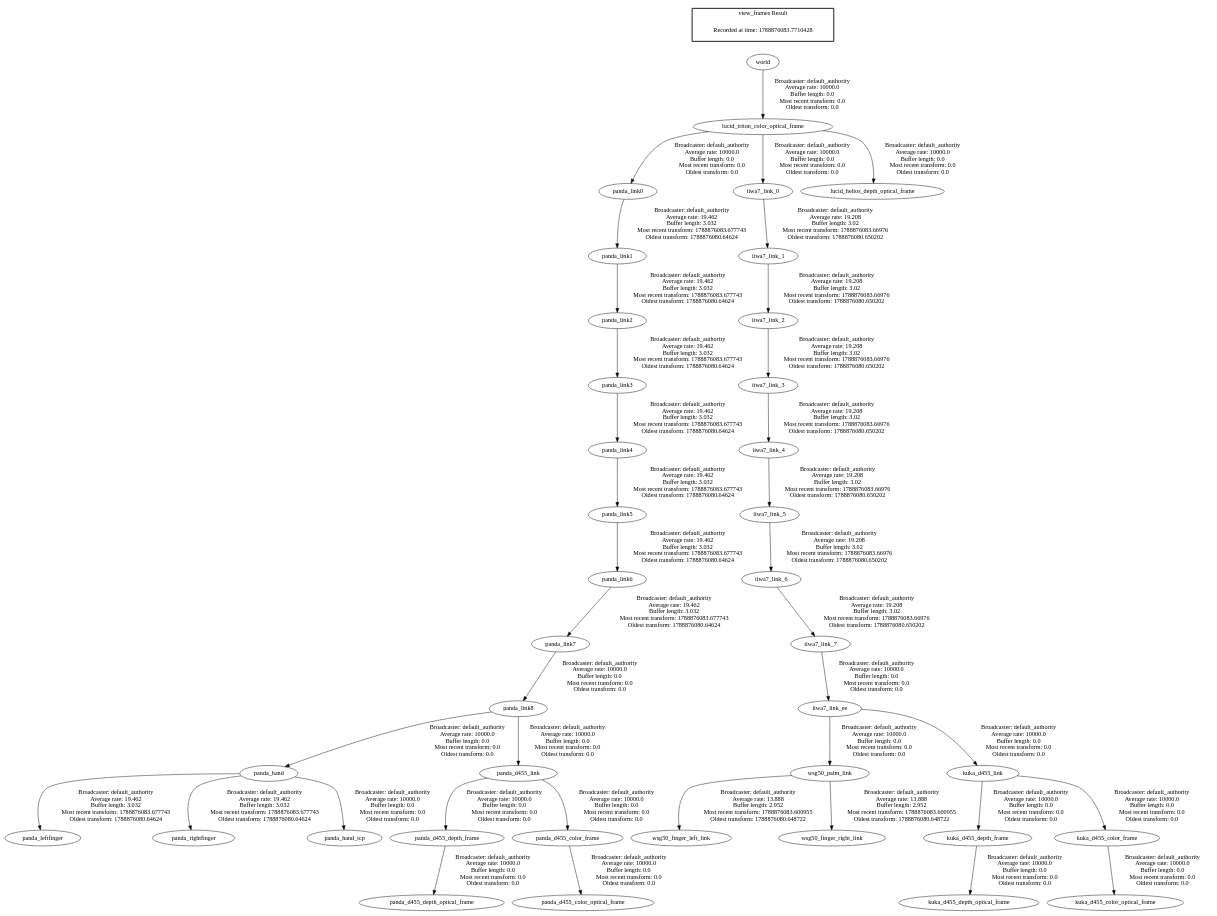
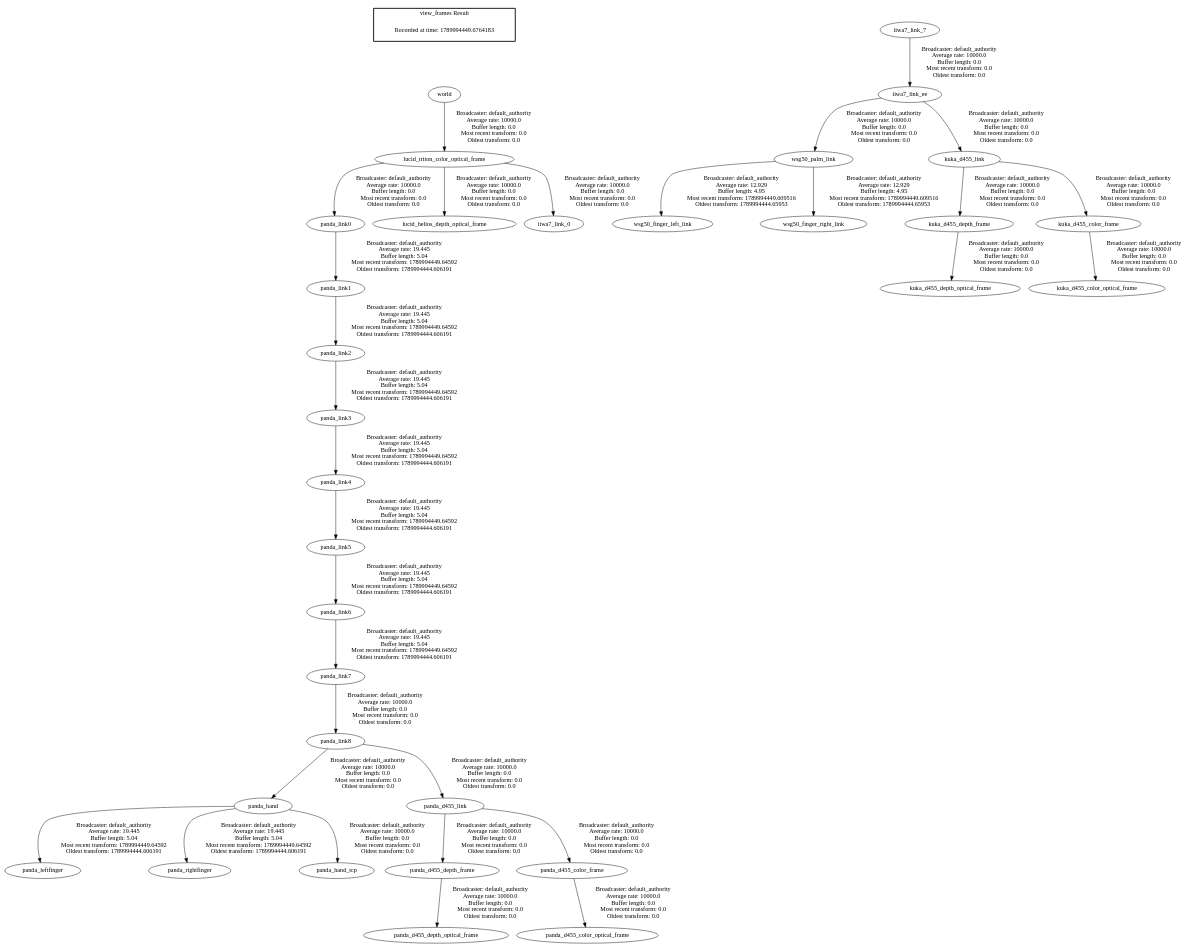
The diagram in calibration_export/tf_tree.pdf.gv (ArIwt2026/ar-cloth-folding-real-hardware), drawn with Graphviz before and after one commit. The commit also changed 3 other files, not shown here.

```diff
--- a/calibration_export/tf_tree.pdf.gv
+++ b/calibration_export/tf_tree.pdf.gv
@@ -1,43 +1,36 @@
 digraph G {
-"panda_hand" -> "panda_leftfinger"[label=" Broadcaster: default_authority\nAverage rate: 19.462\nBuffer length: 3.032\nMost recent transform: 1788876083.677743\nOldest transform: 1788876080.64624\n"];
+"panda_hand" -> "panda_leftfinger"[label=" Broadcaster: default_authority\nAverage rate: 19.445\nBuffer length: 5.04\nMost recent transform: 1789994449.64592\nOldest transform: 1789994444.606191\n"];
 "panda_link8" -> "panda_hand"[label=" Broadcaster: default_authority\nAverage rate: 10000.0\nBuffer length: 0.0\nMost recent transform: 0.0\nOldest transform: 0.0\n"];
-"panda_hand" -> "panda_rightfinger"[label=" Broadcaster: default_authority\nAverage rate: 19.462\nBuffer length: 3.032\nMost recent transform: 1788876083.677743\nOldest transform: 1788876080.64624\n"];
-"panda_link0" -> "panda_link1"[label=" Broadcaster: default_authority\nAverage rate: 19.462\nBuffer length: 3.032\nMost recent transform: 1788876083.677743\nOldest transform: 1788876080.64624\n"];
+"panda_hand" -> "panda_rightfinger"[label=" Broadcaster: default_authority\nAverage rate: 19.445\nBuffer length: 5.04\nMost recent transform: 1789994449.64592\nOldest transform: 1789994444.606191\n"];
+"panda_link0" -> "panda_link1"[label=" Broadcaster: default_authority\nAverage rate: 19.445\nBuffer length: 5.04\nMost recent transform: 1789994449.64592\nOldest transform: 1789994444.606191\n"];
 "lucid_triton_color_optical_frame" -> "panda_link0"[label=" Broadcaster: default_authority\nAverage rate: 10000.0\nBuffer length: 0.0\nMost recent transform: 0.0\nOldest transform: 0.0\n"];
-"panda_link1" -> "panda_link2"[label=" Broadcaster: default_authority\nAverage rate: 19.462\nBuffer length: 3.032\nMost recent transform: 1788876083.677743\nOldest transform: 1788876080.64624\n"];
-"panda_link2" -> "panda_link3"[label=" Broadcaster: default_authority\nAverage rate: 19.462\nBuffer length: 3.032\nMost recent transform: 1788876083.677743\nOldest transform: 1788876080.64624\n"];
-"panda_link3" -> "panda_link4"[label=" Broadcaster: default_authority\nAverage rate: 19.462\nBuffer length: 3.032\nMost recent transform: 1788876083.677743\nOldest transform: 1788876080.64624\n"];
-"panda_link4" -> "panda_link5"[label=" Broadcaster: default_authority\nAverage rate: 19.462\nBuffer length: 3.032\nMost recent transform: 1788876083.677743\nOldest transform: 1788876080.64624\n"];
-"panda_link5" -> "panda_link6"[label=" Broadcaster: default_authority\nAverage rate: 19.462\nBuffer length: 3.032\nMost recent transform: 1788876083.677743\nOldest transform: 1788876080.64624\n"];
-"panda_link6" -> "panda_link7"[label=" Broadcaster: default_authority\nAverage rate: 19.462\nBuffer length: 3.032\nMost recent transform: 1788876083.677743\nOldest transform: 1788876080.64624\n"];
-"panda_link7" -> "panda_link8"[label=" Broadcaster: default_authority\nAverage rate: 10000.0\nBuffer length: 0.0\nMost recent transform: 0.0\nOldest transform: 0.0\n"];
-"panda_hand" -> "panda_hand_tcp"[label=" Broadcaster: default_authority\nAverage rate: 10000.0\nBuffer length: 0.0\nMost recent transform: 0.0\nOldest transform: 0.0\n"];
-"wsg50_palm_link" -> "wsg50_finger_left_link"[label=" Broadcaster: default_authority\nAverage rate: 13.888\nBuffer length: 2.952\nMost recent transform: 1788876083.600955\nOldest transform: 1788876080.648722\n"];
+"panda_link1" -> "panda_link2"[label=" Broadcaster: default_authority\nAverage rate: 19.445\nBuffer length: 5.04\nMost recent transform: 1789994449.64592\nOldest transform: 1789994444.606191\n"];
+"panda_link2" -> "panda_link3"[label=" Broadcaster: default_authority\nAverage rate: 19.445\nBuffer length: 5.04\nMost recent transform: 1789994449.64592\nOldest transform: 1789994444.606191\n"];
+"panda_link3" -> "panda_link4"[label=" Broadcaster: default_authority\nAverage rate: 19.445\nBuffer length: 5.04\nMost recent transform: 1789994449.64592\nOldest transform: 1789994444.606191\n"];
+"panda_link4" -> "panda_link5"[label=" Broadcaster: default_authority\nAverage rate: 19.445\nBuffer length: 5.04\nMost recent transform: 1789994449.64592\nOldest transform: 1789994444.606191\n"];
+"panda_link5" -> "panda_link6"[label=" Broadcaster: default_authority\nAverage rate: 19.445\nBuffer length: 5.04\nMost recent transform: 1789994449.64592\nOldest transform: 1789994444.606191\n"];
+"panda_link6" -> "panda_link7"[label=" Broadcaster: default_authority\nAverage rate: 19.445\nBuffer length: 5.04\nMost recent transform: 1789994449.64592\nOldest transform: 1789994444.606191\n"];
+"iiwa7_link_7" -> "iiwa7_link_ee"[label=" Broadcaster: default_authority\nAverage rate: 10000.0\nBuffer length: 0.0\nMost recent transform: 0.0\nOldest transform: 0.0\n"];
 "iiwa7_link_ee" -> "wsg50_palm_link"[label=" Broadcaster: default_authority\nAverage rate: 10000.0\nBuffer length: 0.0\nMost recent transform: 0.0\nOldest transform: 0.0\n"];
-"wsg50_palm_link" -> "wsg50_finger_right_link"[label=" Broadcaster: default_authority\nAverage rate: 13.888\nBuffer length: 2.952\nMost recent transform: 1788876083.600955\nOldest transform: 1788876080.648722\n"];
+"world" -> "lucid_triton_color_optical_frame"[label=" Broadcaster: default_authority\nAverage rate: 10000.0\nBuffer length: 0.0\nMost recent transform: 0.0\nOldest transform: 0.0\n"];
+"panda_d455_link" -> "panda_d455_depth_frame"[label=" Broadcaster: default_authority\nAverage rate: 10000.0\nBuffer length: 0.0\nMost recent transform: 0.0\nOldest transform: 0.0\n"];
 "panda_link8" -> "panda_d455_link"[label=" Broadcaster: default_authority\nAverage rate: 10000.0\nBuffer length: 0.0\nMost recent transform: 0.0\nOldest transform: 0.0\n"];
-"iiwa7_link_0" -> "iiwa7_link_1"[label=" Broadcaster: default_authority\nAverage rate: 19.208\nBuffer length: 3.02\nMost recent transform: 1788876083.66976\nOldest transform: 1788876080.650202\n"];
-"lucid_triton_color_optical_frame" -> "iiwa7_link_0"[label=" Broadcaster: default_authority\nAverage rate: 10000.0\nBuffer length: 0.0\nMost recent transform: 0.0\nOldest transform: 0.0\n"];
-"iiwa7_link_1" -> "iiwa7_link_2"[label=" Broadcaster: default_authority\nAverage rate: 19.208\nBuffer length: 3.02\nMost recent transform: 1788876083.66976\nOldest transform: 1788876080.650202\n"];
-"iiwa7_link_2" -> "iiwa7_link_3"[label=" Broadcaster: default_authority\nAverage rate: 19.208\nBuffer length: 3.02\nMost recent transform: 1788876083.66976\nOldest transform: 1788876080.650202\n"];
-"iiwa7_link_3" -> "iiwa7_link_4"[label=" Broadcaster: default_authority\nAverage rate: 19.208\nBuffer length: 3.02\nMost recent transform: 1788876083.66976\nOldest transform: 1788876080.650202\n"];
-"iiwa7_link_4" -> "iiwa7_link_5"[label=" Broadcaster: default_authority\nAverage rate: 19.208\nBuffer length: 3.02\nMost recent transform: 1788876083.66976\nOldest transform: 1788876080.650202\n"];
-"iiwa7_link_5" -> "iiwa7_link_6"[label=" Broadcaster: default_authority\nAverage rate: 19.208\nBuffer length: 3.02\nMost recent transform: 1788876083.66976\nOldest transform: 1788876080.650202\n"];
-"iiwa7_link_6" -> "iiwa7_link_7"[label=" Broadcaster: default_authority\nAverage rate: 19.208\nBuffer length: 3.02\nMost recent transform: 1788876083.66976\nOldest transform: 1788876080.650202\n"];
-"panda_d455_link" -> "panda_d455_depth_frame"[label=" Broadcaster: default_authority\nAverage rate: 10000.0\nBuffer length: 0.0\nMost recent transform: 0.0\nOldest transform: 0.0\n"];
 "panda_d455_depth_frame" -> "panda_d455_depth_optical_frame"[label=" Broadcaster: default_authority\nAverage rate: 10000.0\nBuffer length: 0.0\nMost recent transform: 0.0\nOldest transform: 0.0\n"];
 "panda_d455_link" -> "panda_d455_color_frame"[label=" Broadcaster: default_authority\nAverage rate: 10000.0\nBuffer length: 0.0\nMost recent transform: 0.0\nOldest transform: 0.0\n"];
 "panda_d455_color_frame" -> "panda_d455_color_optical_frame"[label=" Broadcaster: default_authority\nAverage rate: 10000.0\nBuffer length: 0.0\nMost recent transform: 0.0\nOldest transform: 0.0\n"];
-"world" -> "lucid_triton_color_optical_frame"[label=" Broadcaster: default_authority\nAverage rate: 10000.0\nBuffer length: 0.0\nMost recent transform: 0.0\nOldest transform: 0.0\n"];
+"panda_link7" -> "panda_link8"[label=" Broadcaster: default_authority\nAverage rate: 10000.0\nBuffer length: 0.0\nMost recent transform: 0.0\nOldest transform: 0.0\n"];
+"panda_hand" -> "panda_hand_tcp"[label=" Broadcaster: default_authority\nAverage rate: 10000.0\nBuffer length: 0.0\nMost recent transform: 0.0\nOldest transform: 0.0\n"];
 "lucid_triton_color_optical_frame" -> "lucid_helios_depth_optical_frame"[label=" Broadcaster: default_authority\nAverage rate: 10000.0\nBuffer length: 0.0\nMost recent transform: 0.0\nOldest transform: 0.0\n"];
 "iiwa7_link_ee" -> "kuka_d455_link"[label=" Broadcaster: default_authority\nAverage rate: 10000.0\nBuffer length: 0.0\nMost recent transform: 0.0\nOldest transform: 0.0\n"];
-"iiwa7_link_7" -> "iiwa7_link_ee"[label=" Broadcaster: default_authority\nAverage rate: 10000.0\nBuffer length: 0.0\nMost recent transform: 0.0\nOldest transform: 0.0\n"];
+"lucid_triton_color_optical_frame" -> "iiwa7_link_0"[label=" Broadcaster: default_authority\nAverage rate: 10000.0\nBuffer length: 0.0\nMost recent transform: 0.0\nOldest transform: 0.0\n"];
 "kuka_d455_link" -> "kuka_d455_depth_frame"[label=" Broadcaster: default_authority\nAverage rate: 10000.0\nBuffer length: 0.0\nMost recent transform: 0.0\nOldest transform: 0.0\n"];
 "kuka_d455_depth_frame" -> "kuka_d455_depth_optical_frame"[label=" Broadcaster: default_authority\nAverage rate: 10000.0\nBuffer length: 0.0\nMost recent transform: 0.0\nOldest transform: 0.0\n"];
 "kuka_d455_link" -> "kuka_d455_color_frame"[label=" Broadcaster: default_authority\nAverage rate: 10000.0\nBuffer length: 0.0\nMost recent transform: 0.0\nOldest transform: 0.0\n"];
 "kuka_d455_color_frame" -> "kuka_d455_color_optical_frame"[label=" Broadcaster: default_authority\nAverage rate: 10000.0\nBuffer length: 0.0\nMost recent transform: 0.0\nOldest transform: 0.0\n"];
+"wsg50_palm_link" -> "wsg50_finger_left_link"[label=" Broadcaster: default_authority\nAverage rate: 12.929\nBuffer length: 4.95\nMost recent transform: 1789994449.609516\nOldest transform: 1789994444.65953\n"];
+"wsg50_palm_link" -> "wsg50_finger_right_link"[label=" Broadcaster: default_authority\nAverage rate: 12.929\nBuffer length: 4.95\nMost recent transform: 1789994449.609516\nOldest transform: 1789994444.65953\n"];
 edge [style=invis];
  subgraph cluster_legend { style=bold; color=black; label ="view_frames Result";
-"Recorded at time: 1788876083.7710428"[ shape=plaintext ] ;
+"Recorded at time: 1789994449.6764183"[ shape=plaintext ] ;
 }->"world";
 }
```
